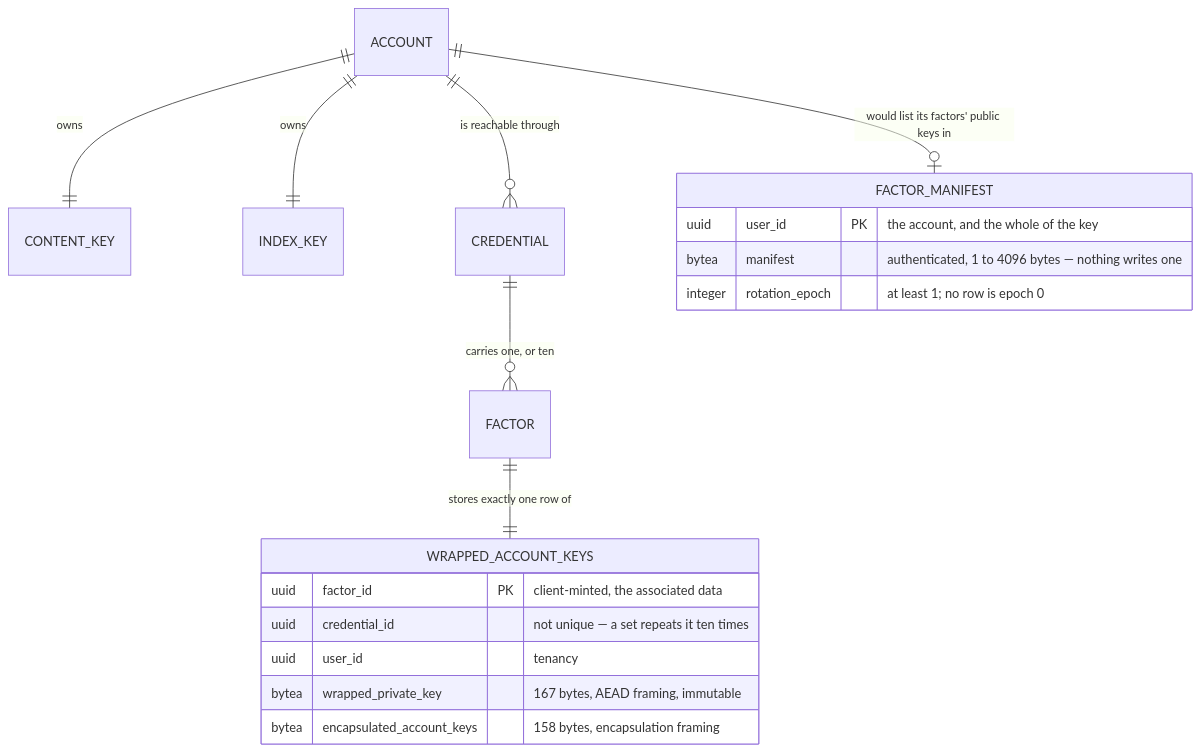
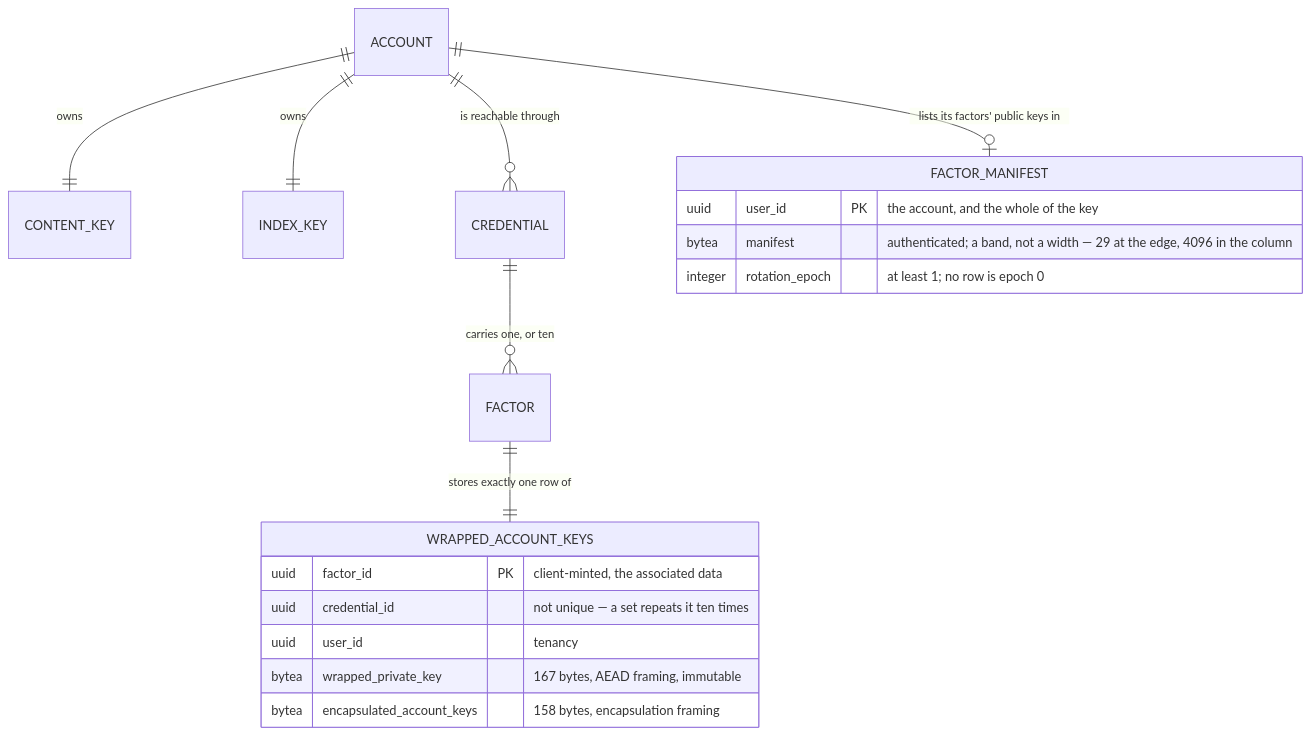
One commit to anton-kochev/budgetoid changed the diagram in docs/business-logic/account-keys.md. Above: the diagram before and after it, drawn with Mermaid. The commit also changed other lines of this file and 30 other files, not shown here.

````diff
--- a/docs/business-logic/account-keys.md
+++ b/docs/business-logic/account-keys.md
@@ -209,21 +213,21 @@
 ```mermaid
 erDiagram
     ACCOUNT ||--|| CONTENT_KEY : owns
     ACCOUNT ||--|| INDEX_KEY : owns
     ACCOUNT ||--o{ CREDENTIAL : "is reachable through"
-    ACCOUNT ||--o| FACTOR_MANIFEST : "would list its factors' public keys in"
+    ACCOUNT ||--o| FACTOR_MANIFEST : "lists its factors' public keys in"
     CREDENTIAL ||--o{ FACTOR : "carries one, or ten"
     FACTOR ||--|| WRAPPED_ACCOUNT_KEYS : "stores exactly one row of"
     WRAPPED_ACCOUNT_KEYS {
         uuid factor_id PK "client-minted, the associated data"
         uuid credential_id "not unique — a set repeats it ten times"
         uuid user_id "tenancy"
         bytea wrapped_private_key "167 bytes, AEAD framing, immutable"
         bytea encapsulated_account_keys "158 bytes, encapsulation framing"
     }
     FACTOR_MANIFEST {
         uuid user_id PK "the account, and the whole of the key"
-        bytea manifest "authenticated, 1 to 4096 bytes — nothing writes one"
+        bytea manifest "authenticated; a band, not a width — 29 at the edge, 4096 in the column"
         integer rotation_epoch "at least 1; no row is epoch 0"
     }
 ```
````
